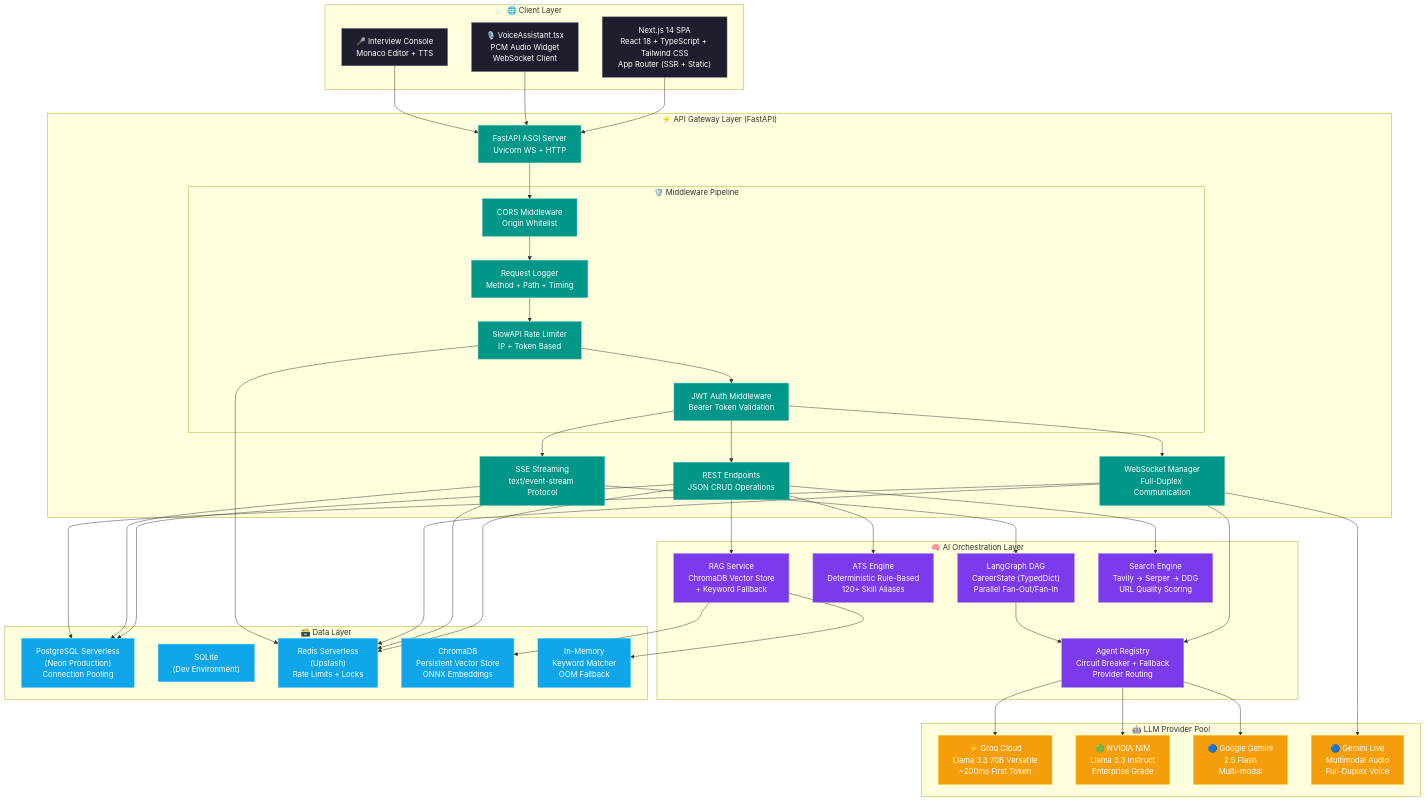
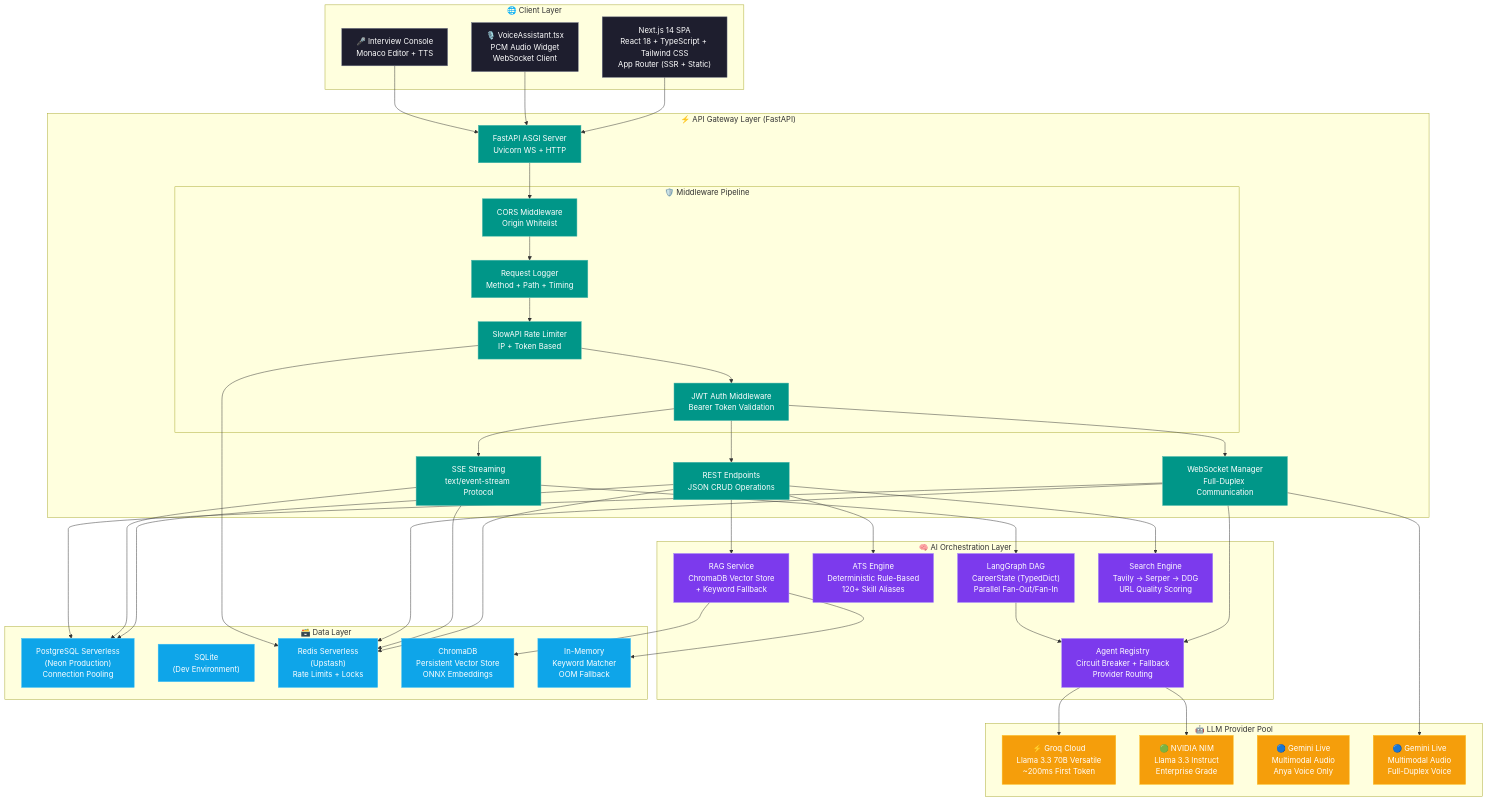
Before and after one commit to Anil-Pradhan-web/ai-career-mentor: the first of 34 diagrams in ARCHITECTURE.md, drawn with Mermaid. The commit also changed other lines of this file and 28 other files, not shown here.

````diff
--- a/ARCHITECTURE.md
+++ b/ARCHITECTURE.md
@@ -46,72 +46,72 @@
 ```mermaid
 graph TB
     classDef client fill:#1e1e2e,color:#fff,stroke:#6c7086
     classDef gateway fill:#009688,color:#fff,stroke:#4db6ac
     classDef ai fill:#7c3aed,color:#fff,stroke:#a78bfa
     classDef llm fill:#f59e0b,color:#fff,stroke:#fbbf24
     classDef data fill:#0ea5e9,color:#fff,stroke:#38bdf8
     classDef ext fill:#ef4444,color:#fff,stroke:#f87171
 
     subgraph "🌐 Client Layer"
         UI["Next.js 14 SPA<br/>React 18 + TypeScript + Tailwind CSS<br/>App Router (SSR + Static)"]
         VA["🎙️ VoiceAssistant.tsx<br/>PCM Audio Widget<br/>WebSocket Client"]
         MI["🎤 Interview Console<br/>Monaco Editor + TTS"]
     end
 
     subgraph "⚡ API Gateway Layer (FastAPI)"
         GW["FastAPI ASGI Server<br/>Uvicorn WS + HTTP"]
         REST["REST Endpoints<br/>JSON CRUD Operations"]
         SSE["SSE Streaming<br/>text/event-stream Protocol"]
         WS_MGR["WebSocket Manager<br/>Full-Duplex Communication"]
         
         subgraph "🛡️ Middleware Pipeline"
             CORS["CORS Middleware<br/>Origin Whitelist"]
             LOG["Request Logger<br/>Method + Path + Timing"]
             SLW["SlowAPI Rate Limiter<br/>IP + Token Based"]
             JWT["JWT Auth Middleware<br/>Bearer Token Validation"]
         end
     end
 
     subgraph "🧠 AI Orchestration Layer"
         LG["LangGraph DAG<br/>CareerState (TypedDict)<br/>Parallel Fan-Out/Fan-In"]
         REG["Agent Registry<br/>Circuit Breaker + Fallback<br/>Provider Routing"]
         ATS["ATS Engine<br/>Deterministic Rule-Based<br/>120+ Skill Aliases"]
         RAG_SVC["RAG Service<br/>ChromaDB Vector Store<br/>+ Keyword Fallback"]
         SE["Search Engine<br/>Tavily → Serper → DDG<br/>URL Quality Scoring"]
     end
 
     subgraph "🤖 LLM Provider Pool"
         GROQ["⚡ Groq Cloud<br/>Llama 3.3 70B Versatile<br/>~200ms First Token"]
         NVD["🟢 NVIDIA NIM<br/>Llama 3.3 Instruct<br/>Enterprise Grade"]
-        GEM["🔵 Google Gemini<br/>2.5 Flash<br/>Multi-modal"]
+        GEM["🔵 Gemini Live<br/>Multimodal Audio<br/>Anya Voice Only"]
         GML["🔵 Gemini Live<br/>Multimodal Audio<br/>Full-Duplex Voice"]
     end
 
     subgraph "🗃️ Data Layer"
         PG["PostgreSQL Serverless<br/>(Neon Production)<br/>Connection Pooling"]
         SQL["SQLite<br/>(Dev Environment)"]
         RD["Redis Serverless<br/>(Upstash)<br/>Rate Limits + Locks"]
         CD["ChromaDB<br/>Persistent Vector Store<br/>ONNX Embeddings"]
         MEM["In-Memory<br/>Keyword Matcher<br/>OOM Fallback"]
     end
 
     UI & VA & MI --> GW
     GW --> CORS --> LOG --> SLW --> JWT
     JWT --> REST & SSE & WS_MGR
     
     REST --> ATS & RAG_SVC & SE & PG & RD
     SSE --> LG & PG & RD
     WS_MGR --> REG & GML & PG & RD
     
     LG --> REG
-    REG --> GROQ & NVD & GEM
+    REG --> GROQ & NVD
     
     SLW --> RD
     RAG_SVC --> CD & MEM
     
     class UI,VA,MI client
     class GW,REST,SSE,WS_MGR,CORS,LOG,SLW,JWT gateway
     class LG,REG,ATS,RAG_SVC,SE ai
     class GROQ,NVD,GEM,GML llm
     class PG,SQL,RD,CD,MEM data
 ```
````
